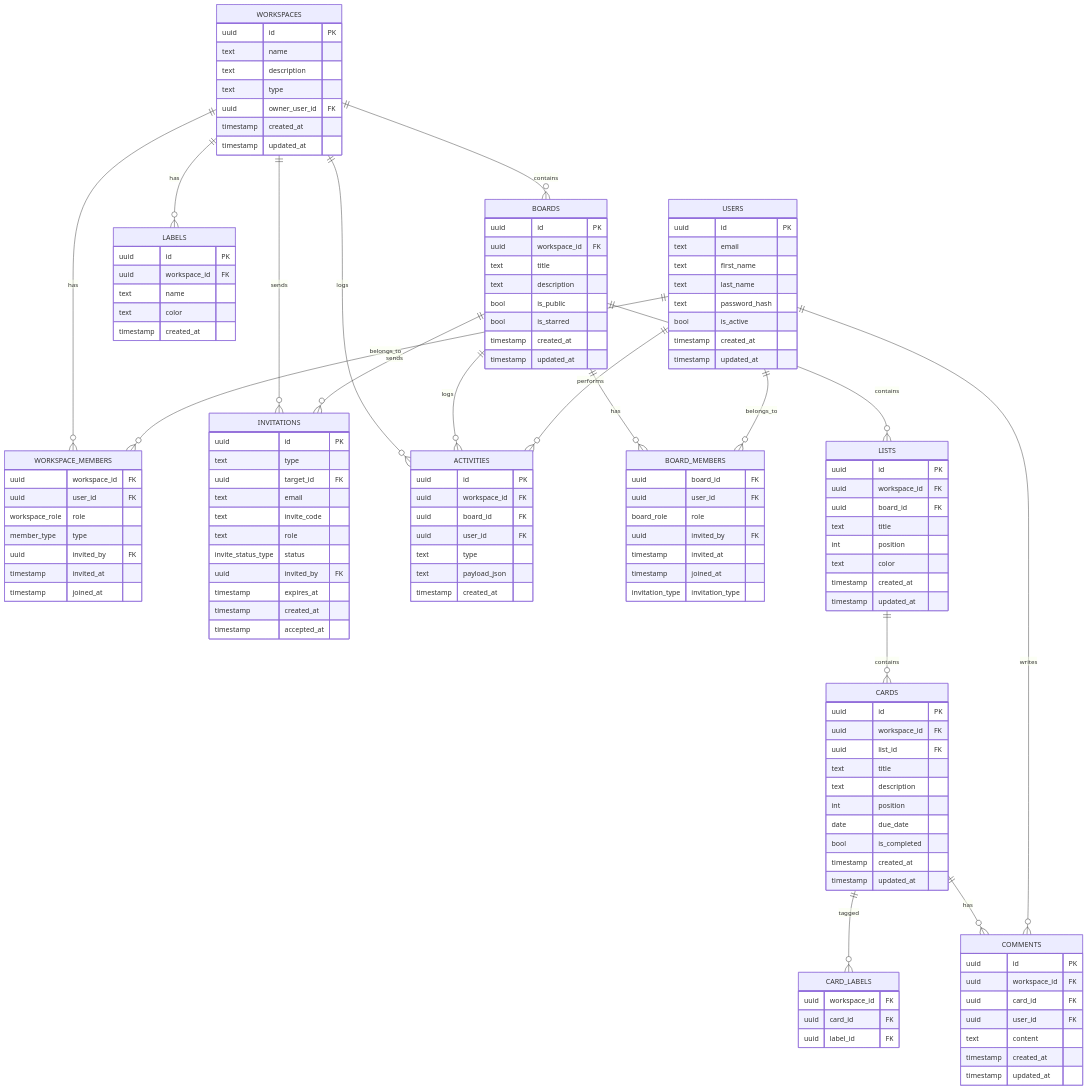
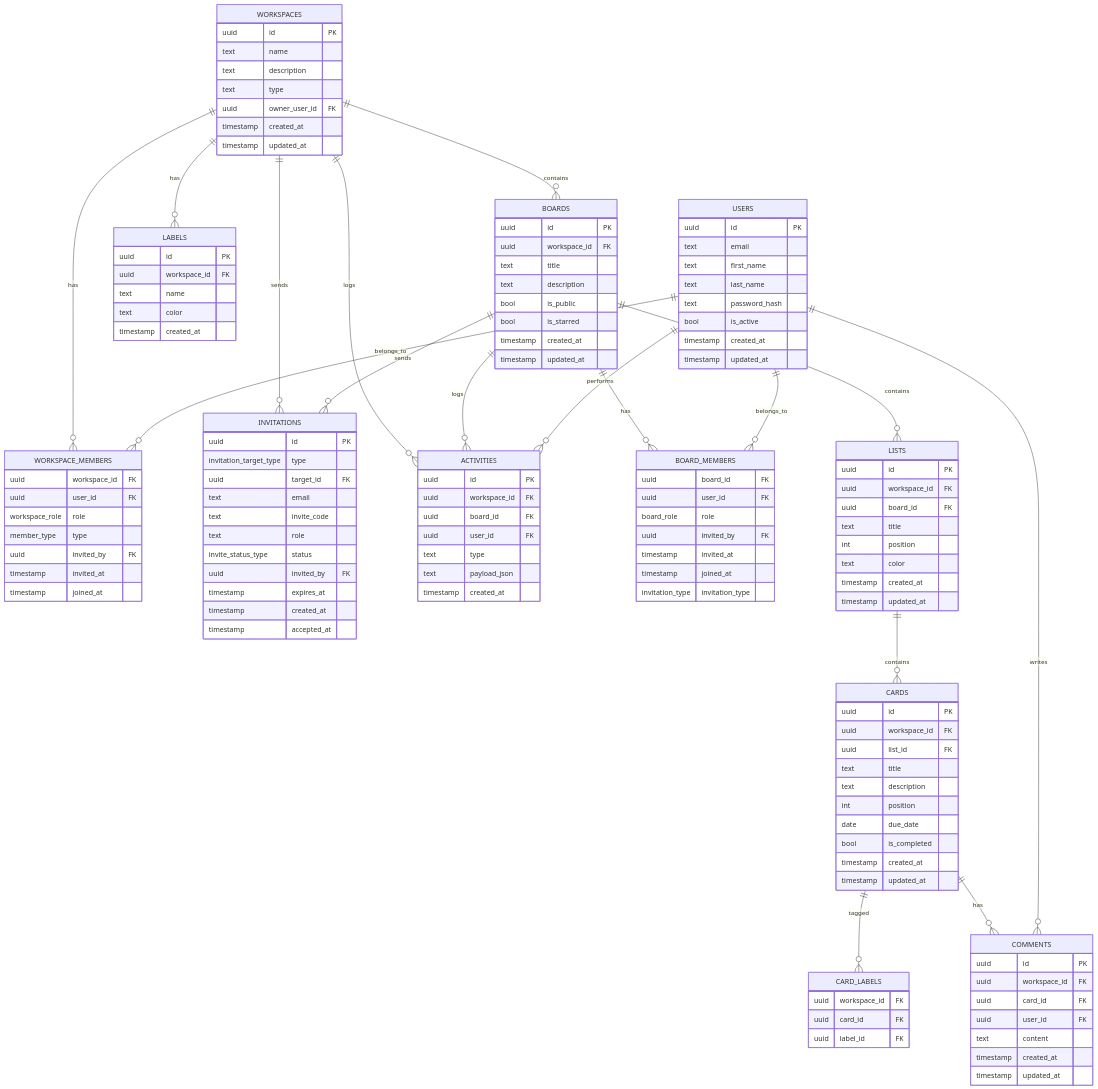
Before and after one commit to dongwonkwak/boardly: the diagram in docs/db/schema.md, drawn with Mermaid. The commit also changed other lines of this file, not shown here.

```diff
--- a/docs/db/schema.md
+++ b/docs/db/schema.md
@@ -251,7 +322,7 @@
   
   INVITATIONS {
     uuid id PK
-    text type
+    invitation_target_type type
     uuid target_id FK
     text email
     text invite_code
```
